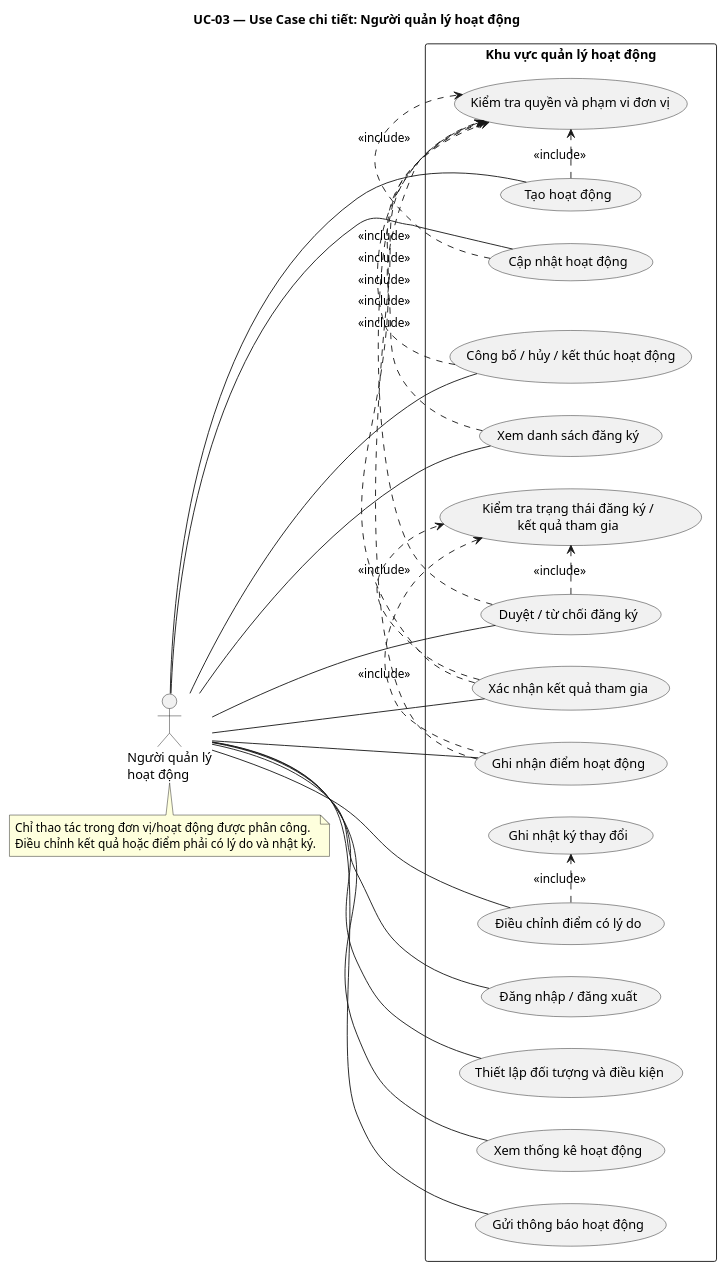
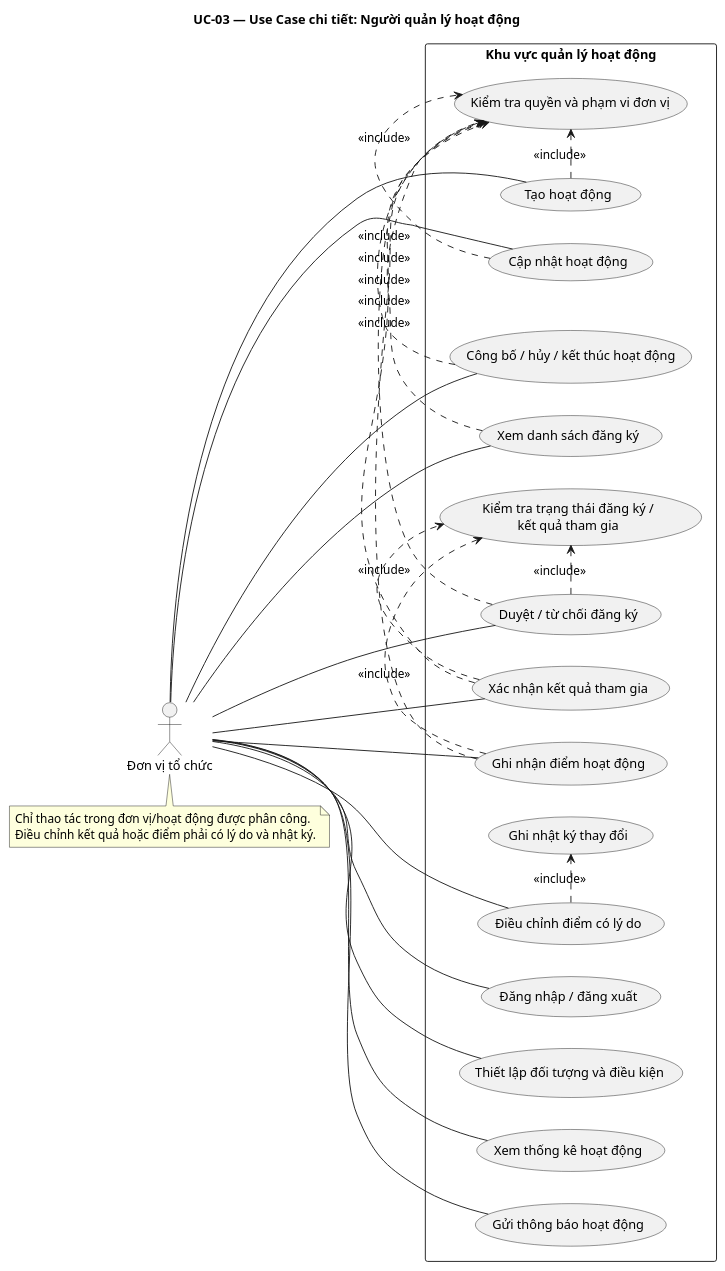
The diagram in Du_an_CN/docs/uml/03-use-case-organizer.puml (Anhxiao/TT_chuyen_nganh), drawn with PlantUML before and after one commit. The commit also changed 33 other files, not shown here.

```diff
--- a/Du_an_CN/docs/uml/03-use-case-organizer.puml
+++ b/Du_an_CN/docs/uml/03-use-case-organizer.puml
@@ -1,54 +1,54 @@
 @startuml
 title UC-03 — Use Case chi tiết: Người quản lý hoạt động
 left to right direction
 skinparam shadowing false
-actor "Người quản lý\nhoạt động" as Organizer
+actor "Đơn vị tổ chức" as Organizer
 
 rectangle "Khu vực quản lý hoạt động" {
   usecase "Đăng nhập / đăng xuất" as Login
   usecase "Tạo hoạt động" as Create
   usecase "Cập nhật hoạt động" as Update
   usecase "Công bố / hủy / kết thúc hoạt động" as Publish
   usecase "Thiết lập đối tượng và điều kiện" as Conditions
   usecase "Xem danh sách đăng ký" as ListRegistrations
   usecase "Duyệt / từ chối đăng ký" as Review
   usecase "Xác nhận kết quả tham gia" as Confirm
   usecase "Ghi nhận điểm hoạt động" as RecordPoints
   usecase "Điều chỉnh điểm có lý do" as AdjustPoints
   usecase "Xem thống kê hoạt động" as Statistics
   usecase "Gửi thông báo hoạt động" as SendNotification
   usecase "Kiểm tra quyền và phạm vi đơn vị" as Scope
   usecase "Kiểm tra trạng thái đăng ký /\nkết quả tham gia" as Validate
   usecase "Ghi nhật ký thay đổi" as Audit
 }
 
 Organizer -- Login
 Organizer -- Create
 Organizer -- Update
 Organizer -- Publish
 Organizer -- Conditions
 Organizer -- ListRegistrations
 Organizer -- Review
 Organizer -- Confirm
 Organizer -- RecordPoints
 Organizer -- AdjustPoints
 Organizer -- Statistics
 Organizer -- SendNotification
 
 Create .> Scope : <<include>>
 Update .> Scope : <<include>>
 Publish .> Scope : <<include>>
 ListRegistrations .> Scope : <<include>>
 Review .> Scope : <<include>>
 Review .> Validate : <<include>>
 Confirm .> Scope : <<include>>
 Confirm .> Validate : <<include>>
 RecordPoints .> Scope : <<include>>
 RecordPoints .> Validate : <<include>>
 AdjustPoints .> Audit : <<include>>
 
 note bottom of Organizer
 Chỉ thao tác trong đơn vị/hoạt động được phân công.
 Điều chỉnh kết quả hoặc điểm phải có lý do và nhật ký.
 end note
 @enduml
```
